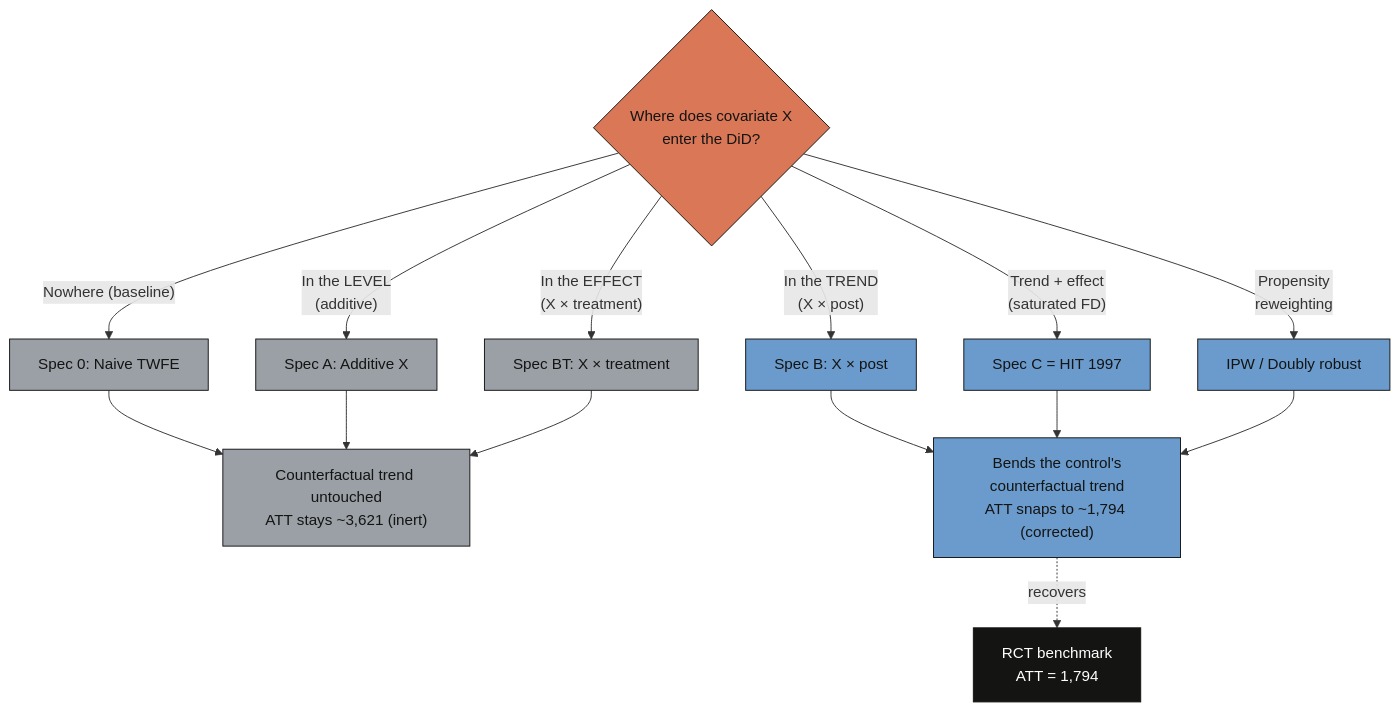
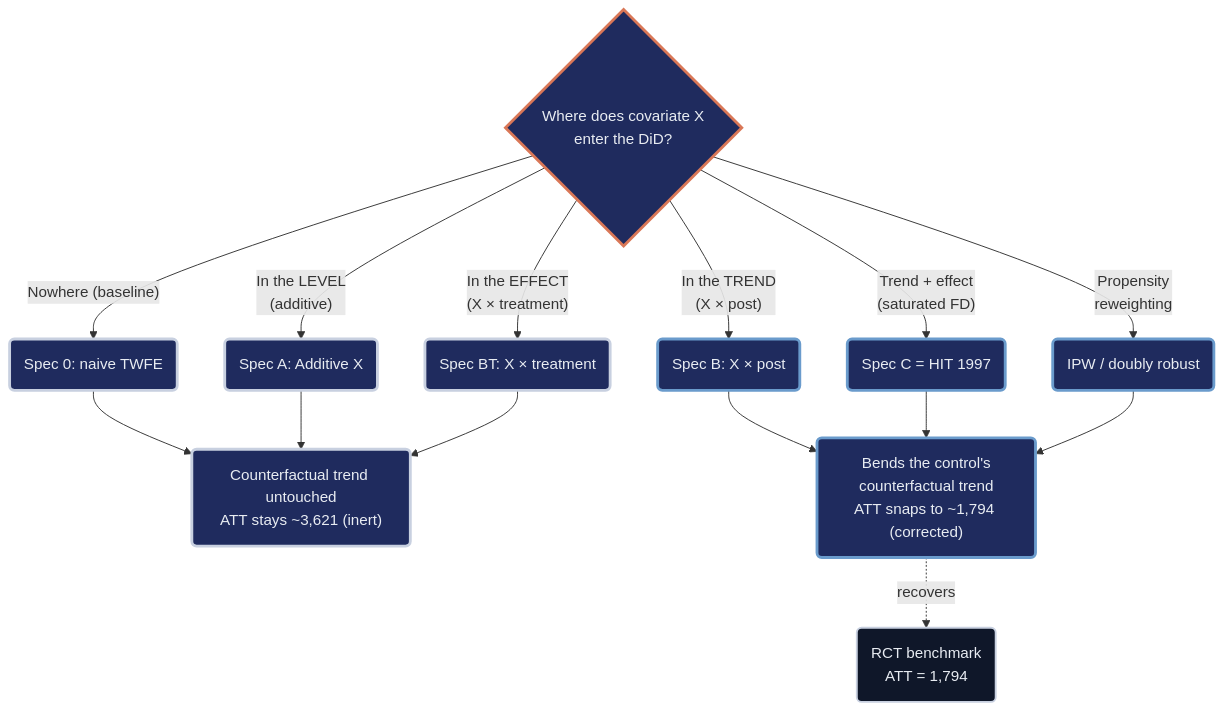
The diagram in content/post/python_did_covariates_lalonde/index.md (cmg777/starter-academic-v501), drawn with Mermaid before and after one commit. The commit also changed 16 other files, not shown here.

First line of the commit message:
content(mermaid): restyle flowcharts in Python posts, batch 1 of 2

````diff
--- a/content/post/python_did_covariates_lalonde/index.md
+++ b/content/post/python_did_covariates_lalonde/index.md
@@ -208,28 +208,25 @@
 ```mermaid
 graph TD
     Q{"Where does covariate X<br/>enter the DiD?"}
-    Q -->|"Nowhere (baseline)"| N["Spec 0: Naive TWFE"]
-    Q -->|"In the LEVEL<br/>(additive)"| L["Spec A: Additive X"]
-    Q -->|"In the EFFECT<br/>(X × treatment)"| E["Spec BT: X × treatment"]
-    Q -->|"In the TREND<br/>(X × post)"| T["Spec B: X × post"]
-    Q -->|"Trend + effect<br/>(saturated FD)"| S["Spec C = HIT 1997"]
-    Q -->|"Propensity<br/>reweighting"| P["IPW / Doubly robust"]
-    N --> INERT["Counterfactual trend untouched<br/>ATT stays ~3,621 (inert)"]
+    Q -->|"Nowhere (baseline)"| N("Spec 0: naive TWFE")
+    Q -->|"In the LEVEL<br/>(additive)"| L("Spec A: Additive X")
+    Q -->|"In the EFFECT<br/>(X × treatment)"| E("Spec BT: X × treatment")
+    Q -->|"In the TREND<br/>(X × post)"| T("Spec B: X × post")
+    Q -->|"Trend + effect<br/>(saturated FD)"| S("Spec C = HIT 1997")
+    Q -->|"Propensity<br/>reweighting"| P("IPW / doubly robust")
+    N --> INERT("Counterfactual trend untouched<br/>ATT stays ~3,621 (inert)")
     L --> INERT
     E --> INERT
-    T --> FIX["Bends the control's<br/>counterfactual trend<br/>ATT snaps to ~1,794 (corrected)"]
+    T --> FIX("Bends the control's<br/>counterfactual trend<br/>ATT snaps to ~1,794 (corrected)")
     S --> FIX
     P --> FIX
-    FIX -.->|recovers| BENCH["RCT benchmark<br/>ATT = 1,794"]
-    classDef sty_Q fill:#d97757,stroke:#141413,color:#141413
+    FIX -.->|recovers| BENCH("RCT benchmark<br/>ATT = 1,794")
+    classDef sty_Q fill:#1f2b5e,stroke:#d97757,stroke-width:3px,color:#e8ecf2
     class Q sty_Q
-    style INERT fill:#9aa0a6,stroke:#141413,color:#141413
-    style FIX fill:#6a9bcc,stroke:#141413,color:#141413
-    style BENCH fill:#141413,stroke:#141413,color:#fff
-    style N fill:#9aa0a6,stroke:#141413,color:#141413
-    style L fill:#9aa0a6,stroke:#141413,color:#141413
-    style E fill:#9aa0a6,stroke:#141413,color:#141413
-    style T fill:#6a9bcc,stroke:#141413,color:#141413
-    style S fill:#6a9bcc,stroke:#141413,color:#141413
-    style P fill:#6a9bcc,stroke:#141413,color:#141413
+    classDef gray fill:#1f2b5e,stroke:#c8d0e0,stroke-width:3px,color:#e8ecf2
+    classDef blue fill:#1f2b5e,stroke:#6a9bcc,stroke-width:3px,color:#e8ecf2
+    classDef anchor fill:#0f1729,stroke:#c8d0e0,stroke-width:2px,color:#e8ecf2
+    class N,L,E,INERT gray
+    class T,S,P,FIX blue
+    class BENCH anchor
 ```
````
